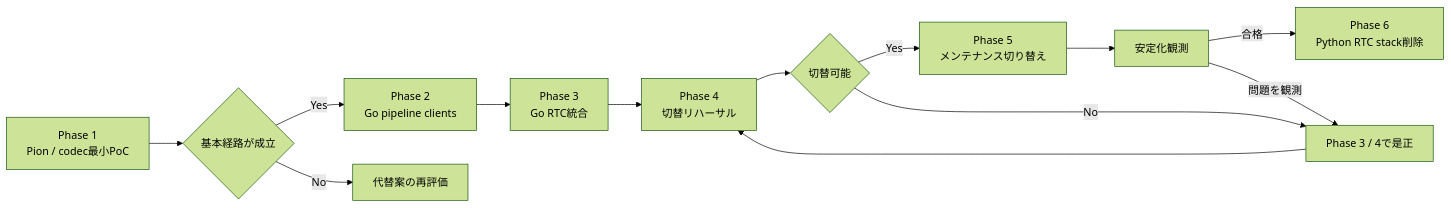
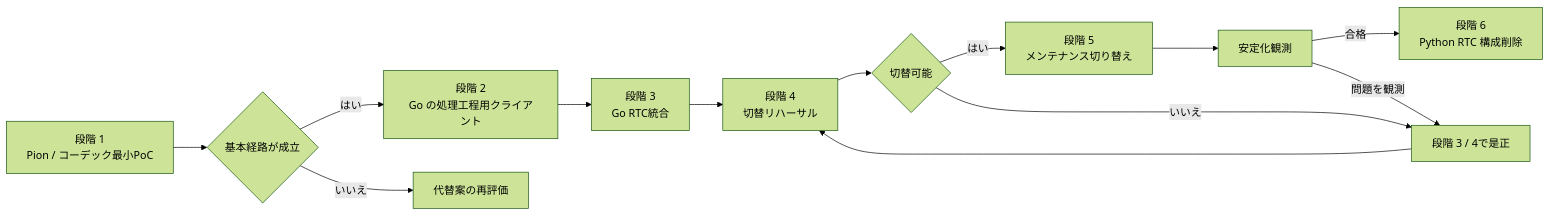
One commit to Sincromisor/Sincromisor changed the diagram in documents/migration/pion/roadmap.md. Above: the diagram before and after it, drawn with Mermaid (forest theme). The commit also changed other lines of this file and 94 other files, not shown here.

````diff
--- a/documents/migration/pion/roadmap.md
+++ b/documents/migration/pion/roadmap.md
@@ -20,15 +20,15 @@
 ```mermaid
 flowchart LR
-    P1["Phase 1<br/>Pion / codec最小PoC"] --> D1{"基本経路が成立"}
-    D1 -->|"Yes"| P2["Phase 2<br/>Go pipeline clients"]
-    D1 -->|"No"| ALT["代替案の再評価"]
-    P2 --> P3["Phase 3<br/>Go RTC統合"]
-    P3 --> P4["Phase 4<br/>切替リハーサル"]
+    P1["段階 1<br/>Pion / コーデック最小PoC"] --> D1{"基本経路が成立"}
+    D1 -->|"はい"| P2["段階 2<br/>Go の処理工程用クライアント"]
+    D1 -->|"いいえ"| ALT["代替案の再評価"]
+    P2 --> P3["段階 3<br/>Go RTC統合"]
+    P3 --> P4["段階 4<br/>切替リハーサル"]
     P4 --> D4{"切替可能"}
-    D4 -->|"Yes"| P5["Phase 5<br/>メンテナンス切り替え"]
-    D4 -->|"No"| FIX["Phase 3 / 4で是正"]
+    D4 -->|"はい"| P5["段階 5<br/>メンテナンス切り替え"]
+    D4 -->|"いいえ"| FIX["段階 3 / 4で是正"]
     FIX --> P4
     P5 --> OBS["安定化観測"]
-    OBS -->|"合格"| P6["Phase 6<br/>Python RTC stack削除"]
+    OBS -->|"合格"| P6["段階 6<br/>Python RTC 構成削除"]
     OBS -->|"問題を観測"| FIX
 ```
````
